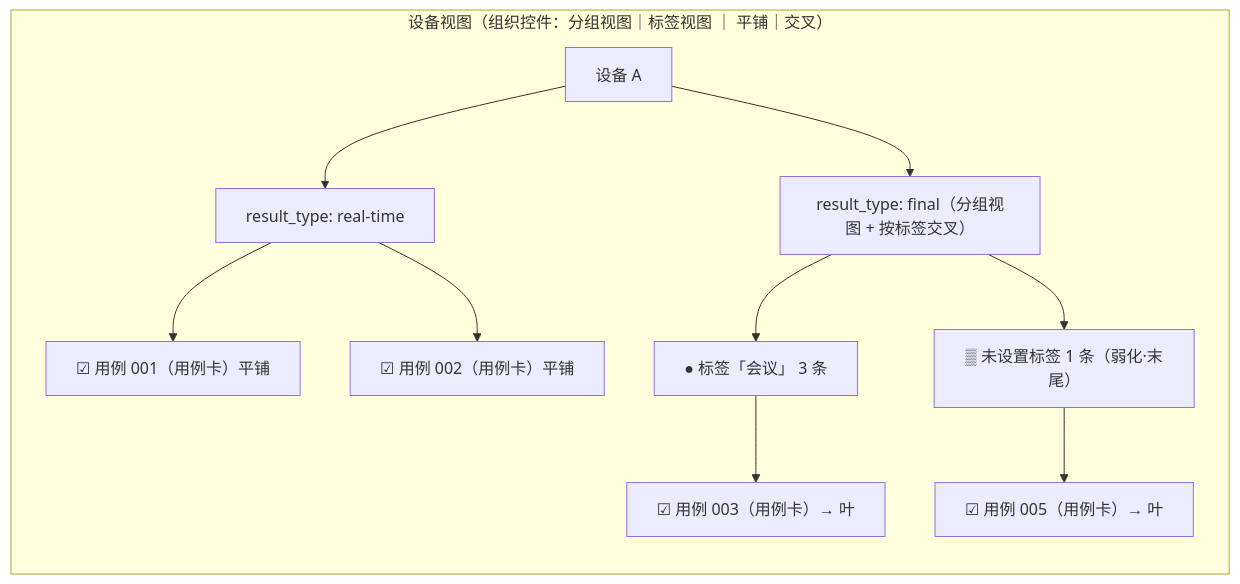
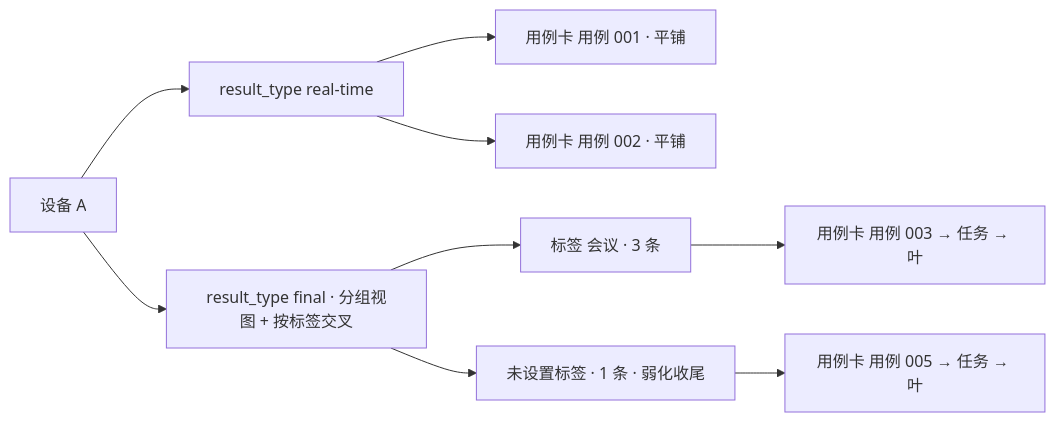
The fourth of 6 diagrams in Intelligent-Audio-TEST/doc/UX设计规范/18_挑选合并功能交互重设计.md (ydz-auto/intelligent_audio_test), drawn with Mermaid before and after one commit. The commit also changed other lines of this file, not shown here.

First line of the commit message:
docs(ux): INT-1695 18 §3.8.3/§4.2 三视图任务改末级 + 新增任务视图（任务首级）+ 购物车用例组织层

````diff
--- a/Intelligent-Audio-TEST/doc/UX设计规范/18_挑选合并功能交互重设计.md
+++ b/Intelligent-Audio-TEST/doc/UX设计规范/18_挑选合并功能交互重设计.md
@@ -370,13 +435,11 @@
 ```mermaid
 flowchart LR
-    subgraph DV["设备视图（组织控件：分组视图｜标签视图 ｜ 平铺｜交叉）"]
-        A["设备 A"] --> B["result_type: real-time"]
-        B --> C["☑ 用例 001（用例卡）平铺"]
-        B --> D["☑ 用例 002（用例卡）平铺"]
-        A --> E["result_type: final（分组视图 + 按标签交叉）"]
-        E --> F["● 标签「会议」 3 条"]
-        F --> G["☑ 用例 003（用例卡）→ 叶"]
-        E --> H["▒ 未设置标签 1 条（弱化·末尾）"]
-        H --> I["☑ 用例 005（用例卡）→ 叶"]
-    end
+    A["设备 A"] --> B["result_type real-time"]
+    B --> C["用例卡 用例 001 · 平铺"]
+    B --> D["用例卡 用例 002 · 平铺"]
+    A --> E["result_type final · 分组视图 + 按标签交叉"]
+    E --> F["标签 会议 · 3 条"]
+    F --> G["用例卡 用例 003 → 任务 → 叶"]
+    E --> H["未设置标签 · 1 条 · 弱化收尾"]
+    H --> I["用例卡 用例 005 → 任务 → 叶"]
 ```
````
